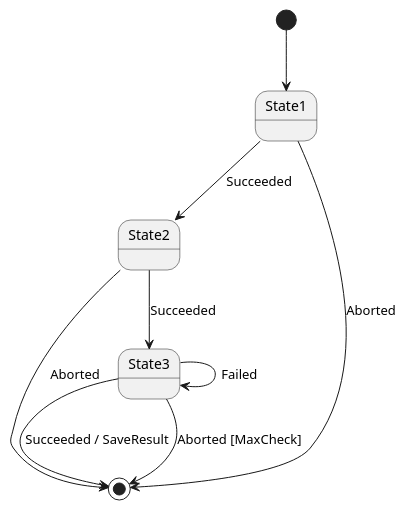
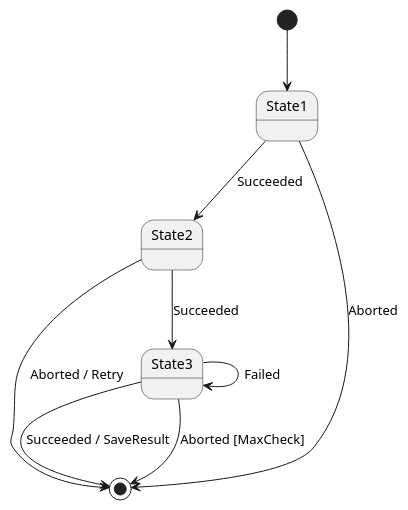
The diagram in statemachine/test1.puml (marrbor/go-state-machine), drawn with PlantUML before and after one commit.

Commit message:
Add retry test.

```diff
--- a/statemachine/test1.puml
+++ b/statemachine/test1.puml
@@ -1,10 +1,10 @@
 @startuml
 [*] --> State1
 State1 --> State2 : Succeeded
 State1 --> [*] : Aborted
 State2 --> State3 : Succeeded
-State2 --> [*] : Aborted
+State2 --> [*] : Aborted / Retry
 State3 --> [*] : Succeeded / SaveResult
 State3 --> [*] : Aborted [MaxCheck]
 State3 --> State3 : Failed
 @enduml
```
